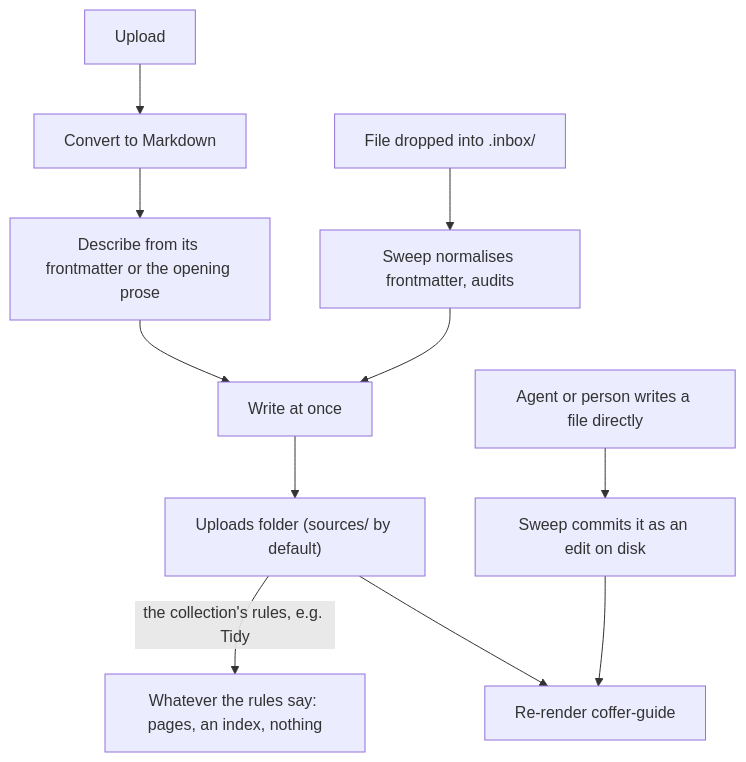
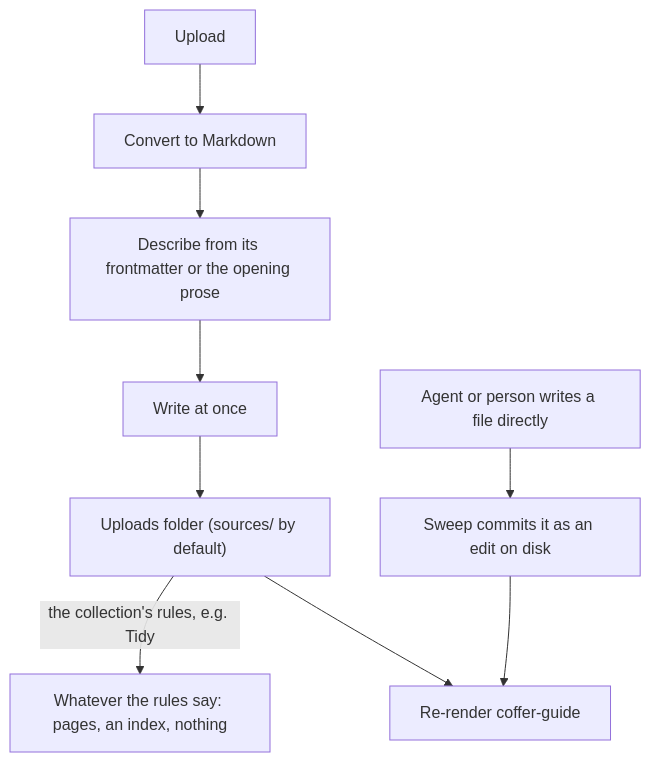
The first of 3 diagrams in docs-site/architecture/knowledge.md (wyx-sg/Coffer), drawn with Mermaid before and after one commit. The commit also changed other lines of this file and 78 other files, not shown here.

````diff
--- a/docs-site/architecture/knowledge.md
+++ b/docs-site/architecture/knowledge.md
@@ -160,13 +157,11 @@
 ```mermaid
 flowchart TD
   U["Upload"] --> C["Convert to Markdown"]
   C --> D["Describe from its frontmatter or the opening prose"]
   D --> S["Write at once"]
-  W["File dropped into .inbox/"] --> N["Sweep normalises frontmatter, audits"]
-  N --> S
   S --> UP["Uploads folder (sources/ by default)"]
   UP -->|the collection's rules, e.g. Tidy| P["Whatever the rules say: pages, an index, nothing"]
   E["Agent or person writes a file directly"] --> DISK["Sweep commits it as an edit on disk"]
   UP --> G["Re-render coffer-guide"]
   DISK --> G
 ```
````
